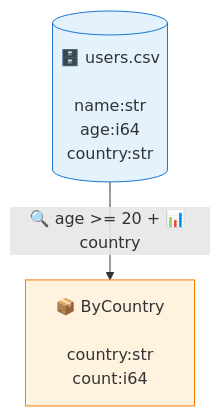
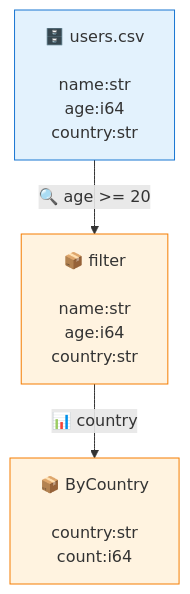
Before and after one commit to sm06224/Rivus: the diagram in examples/literate.riv.md, drawn with Mermaid. The commit also changed 3 other files, not shown here.

````diff
--- a/examples/literate.riv.md
+++ b/examples/literate.riv.md
@@ -41,8 +41,10 @@
 ```mermaid
 flowchart TD
-  n0[("🗄️ users.csv<br/><br/>name:str<br/>age:i64<br/>country:str")]:::src
+  n0["🗄️ users.csv<br/><br/>name:str<br/>age:i64<br/>country:str"]:::src
+  n1["📦 filter<br/><br/>name:str<br/>age:i64<br/>country:str"]:::mid
   n2["📦 ByCountry<br/><br/>country:str<br/>count:i64"]:::mid
-  n0 -->|"🔍 age &gt;= 20 + 📊 country"| n2
+  n0 -->|"🔍 age &gt;= 20"| n1
+  n1 -->|"📊 country"| n2
   classDef src fill:#e3f2fd,stroke:#1976d2
   classDef mid fill:#fff3e0,stroke:#f57c00
 ```
````
